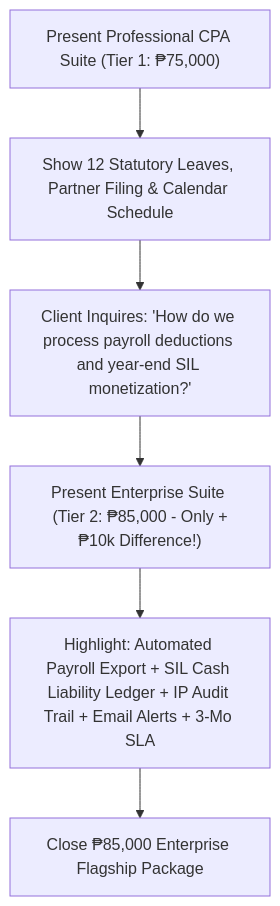
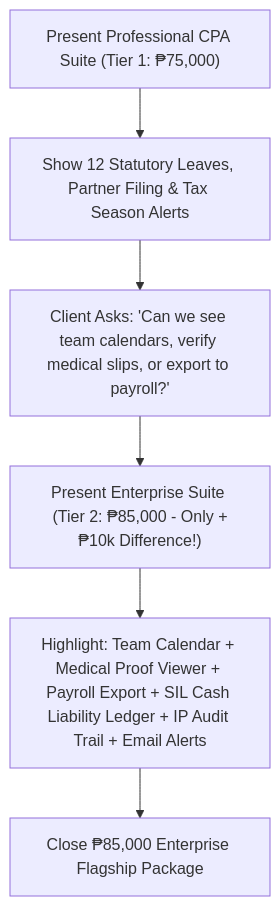
Before and after one commit to ggaaiiaaaaaa/leave-management: the diagram in PROPOSAL_TIERS.md, drawn with Mermaid. The commit also changed other lines of this file and 1 other file, not shown here.

````diff
--- a/PROPOSAL_TIERS.md
+++ b/PROPOSAL_TIERS.md
@@ -69,8 +71,8 @@
 ```mermaid
 graph TD
-    A["Present Professional CPA Suite (Tier 1: ₱75,000)"] --> B["Show 12 Statutory Leaves, Partner Filing & Calendar Schedule"]
-    B --> C["Client Inquires: 'How do we process payroll deductions and year-end SIL monetization?'"]
+    A["Present Professional CPA Suite (Tier 1: ₱75,000)"] --> B["Show 12 Statutory Leaves, Partner Filing & Tax Season Alerts"]
+    B --> C["Client Asks: 'Can we see team calendars, verify medical slips, or export to payroll?'"]
     C --> D["Present Enterprise Suite (Tier 2: ₱85,000 - Only +₱10k Difference!)"]
-    D --> E["Highlight: Automated Payroll Export + SIL Cash Liability Ledger + IP Audit Trail + Email Alerts + 3-Mo SLA"]
+    D --> E["Highlight: Team Calendar + Medical Proof Viewer + Payroll Export + SIL Cash Liability Ledger + IP Audit Trail + Email Alerts"]
     E --> F["Close ₱85,000 Enterprise Flagship Package"]
 ```
````
